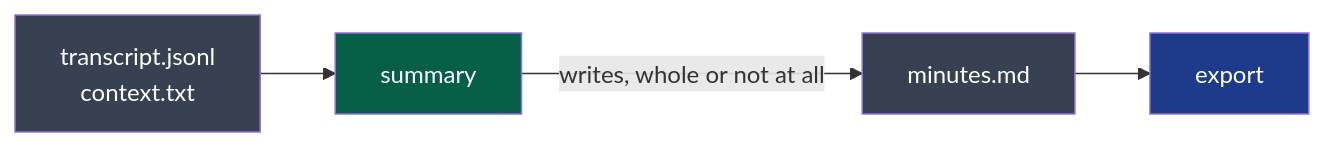
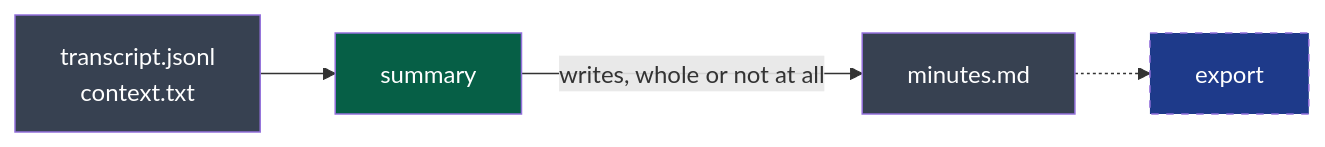
The diagram in contracts/minutes/v1/README.md (NapkinStack/wholeheard), drawn with Mermaid before and after one commit. The commit also changed other lines of this file and 4 other files, not shown here.

First line of the commit message:
contracts: their pages say both forms of a recording, the engine's own name, and which consumer is only planned

````diff
--- a/contracts/minutes/v1/README.md
+++ b/contracts/minutes/v1/README.md
@@ -6,10 +6,11 @@
 ```mermaid
 flowchart LR
     J["transcript.jsonl<br/>context.txt"]:::file --> S["summary"]:::producer
     S -->|"writes, whole or not at all"| M["minutes.md"]:::file
-    M --> E["export"]:::consumer
+    M -.-> E["export"]:::planned
 
     classDef producer fill:#065f46,color:#fff
     classDef consumer fill:#1e3a8a,color:#fff
     classDef file fill:#374151,color:#fff
+    classDef planned fill:#1e3a8a,color:#fff,stroke-dasharray: 5 5
 ```
````
